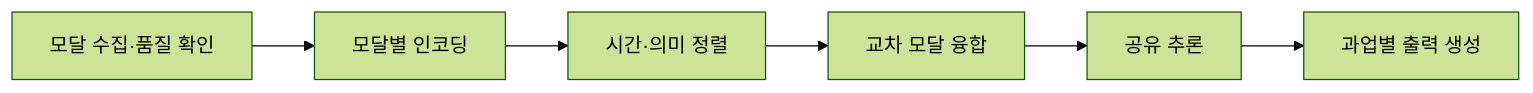
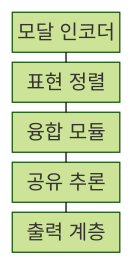
Before and after one commit to agnusdei1207/knowledge-base: the first of 2 diagrams in src/content/docs/notes/08-latest-tech/087_multimodal_ai.md, drawn with Mermaid (forest theme). The commit also changed other lines of this file and 35 other files, not shown here.

````diff
--- a/src/content/docs/notes/08-latest-tech/087_multimodal_ai.md
+++ b/src/content/docs/notes/08-latest-tech/087_multimodal_ai.md
@@ -78,8 +50,13 @@
 ```mermaid
-flowchart LR
-    A[모달 수집·품질 확인] --> B[모달별 인코딩]
-    B --> C[시간·의미 정렬]
-    C --> D[교차 모달 융합]
-    D --> E[공유 추론]
-    E --> F[과업별 출력 생성]
+block-beta
+  columns 1
+  A["모달 인코더"]
+  B["표현 정렬"]
+  C["융합 모듈"]
+  D["공유 추론"]
+  E["출력 계층"]
+  A --- B
+  B --- C
+  C --- D
+  D --- E
 ```
````
